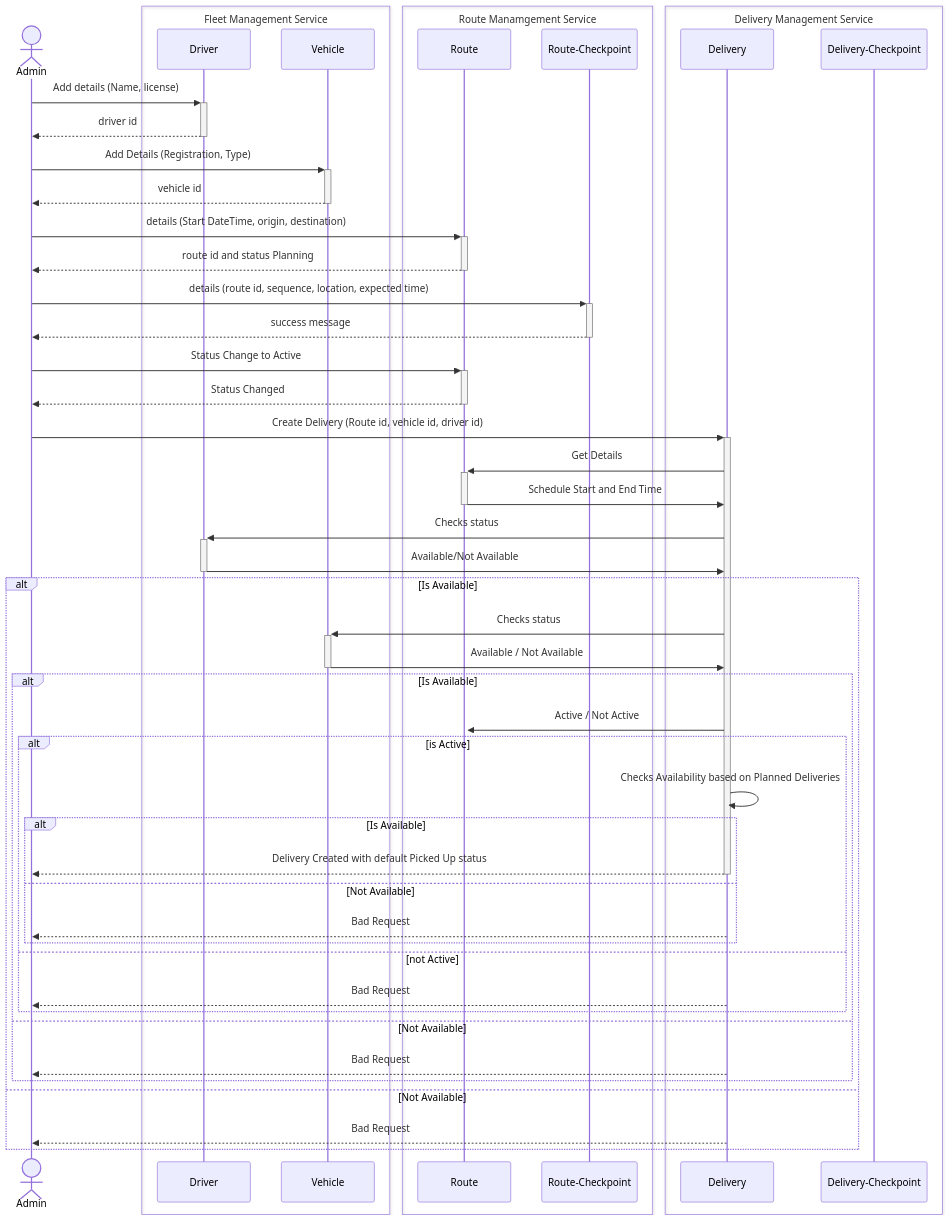
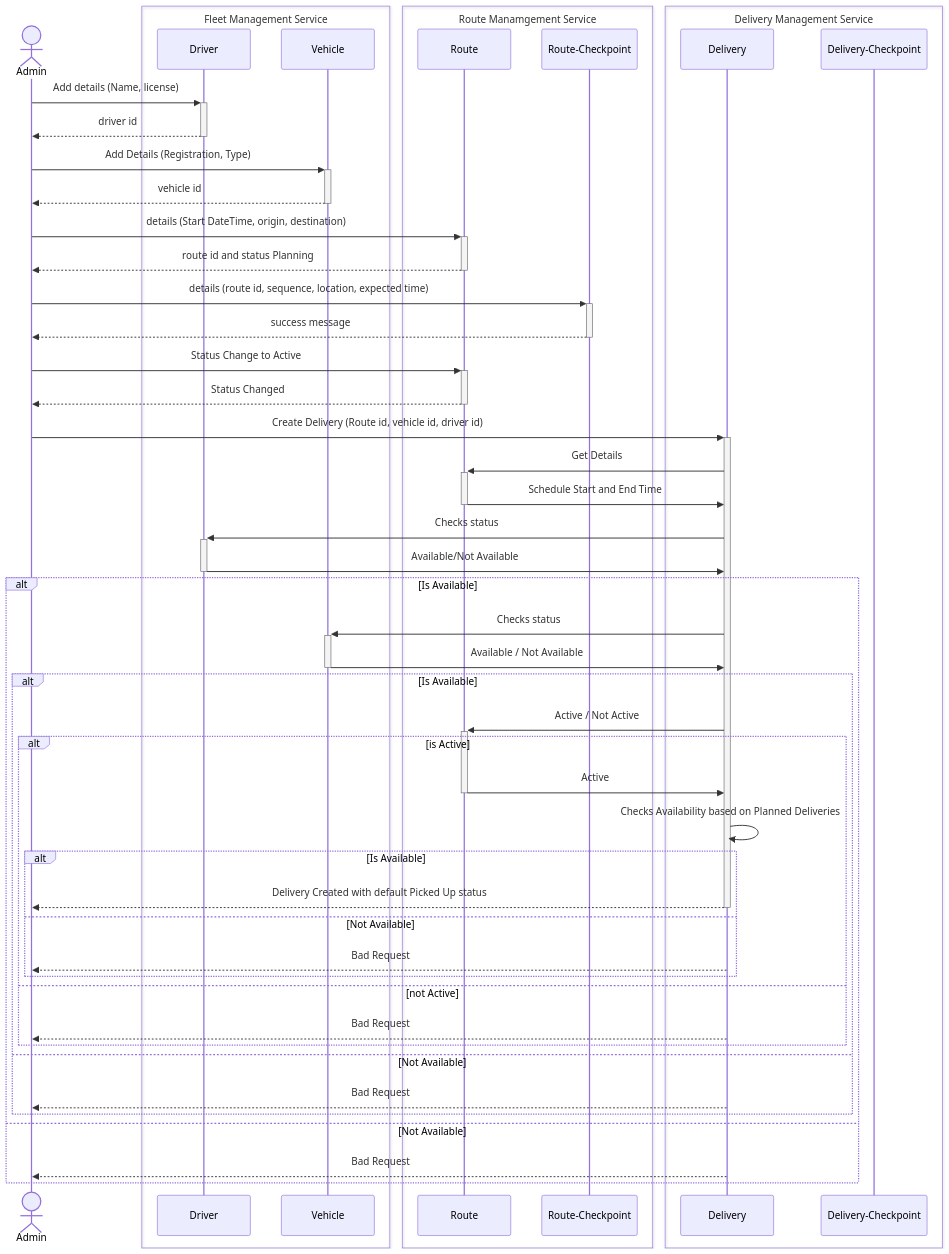
Before and after one commit to muhammadadyl/Eroad: the second of 3 diagrams in README.md, drawn with Mermaid. The commit also changed other lines of this file, not shown here.

````diff
--- a/README.md
+++ b/README.md
@@ -105,59 +105,60 @@
 ```mermaid
 sequenceDiagram
     actor Admin
     box Fleet Management Service
     participant Driver
     participant Vehicle
     end 
 
     Admin->>+Driver: Add details (Name, license)
     Driver-->>-Admin: driver id
     Admin->>+Vehicle: Add Details (Registration, Type)
     Vehicle-->>-Admin: vehicle id
 
     box Route Manamgement Service
     participant Route
     participant Route-Checkpoint 
     end
 
     Admin->>+Route: details (Start DateTime, origin, destination)
     Route-->>-Admin: route id and status Planning
 
     Admin->>+Route-Checkpoint: details (route id, sequence, location, expected time)
     Route-Checkpoint-->>-Admin: success message
 
     Admin->>+Route: Status Change to Active
     Route-->>-Admin: Status Changed
 
     box Delivery Management Service
         participant Delivery
         participant Delivery-Checkpoint
     end
 
     Admin->>+Delivery: Create Delivery (Route id, vehicle id, driver id)
     Delivery->>+Route: Get Details
     Route->>-Delivery: Schedule Start and End Time
     Delivery->>+Driver: Checks status
     Driver->>-Delivery: Available/Not Available
     alt Is Available
         Delivery->>+Vehicle: Checks status
         Vehicle->>-Delivery: Available / Not Available
         alt Is Available
             Delivery->>+Route: Active / Not Active
                 alt is Active
+                    Route->>-Delivery: Active
                     Delivery->>Delivery: Checks Availability based on Planned Deliveries
                     alt Is Available
                         Delivery-->>-Admin: Delivery Created with default Picked Up status
                     else Not Available
                         Delivery-->>Admin: Bad Request
                     end
                 else not Active
                     Delivery-->>Admin: Bad Request
                 end
         else Not Available
             Delivery-->>Admin: Bad Request
         end
     else Not Available
         Delivery-->>Admin: Bad Request
     end
 ```
````
